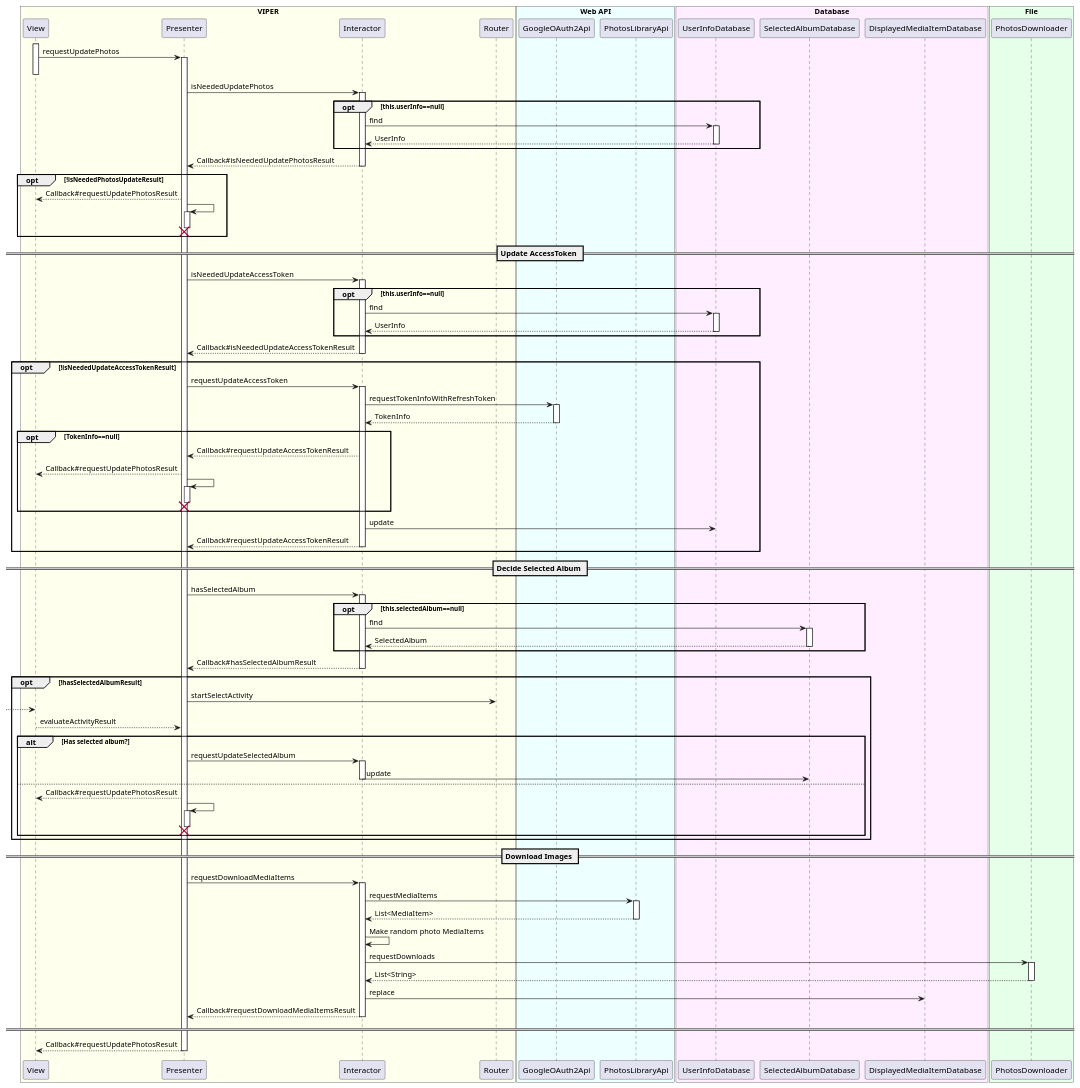
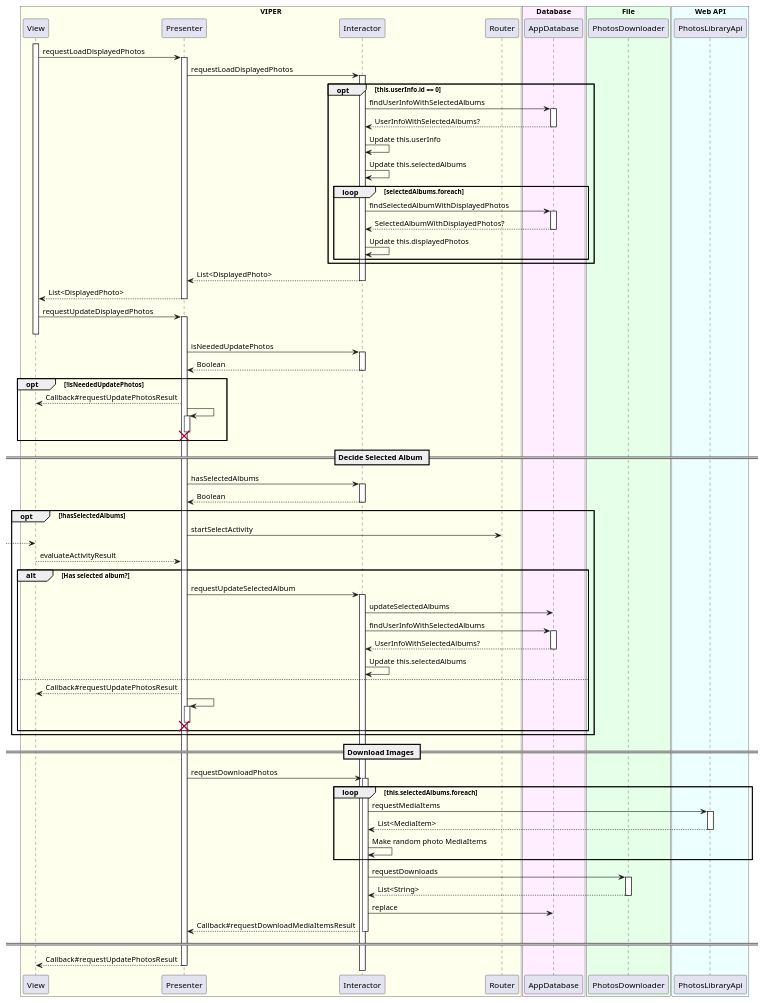
One commit to sallyluenoa/PhotoSlideShow changed the diagram in uml/main/sequence_diagram_main_bk.md. Above: the diagram before and after it, drawn with PlantUML. The commit also changed 3 other files, not shown here.

First line of the commit message:
Write UML for design #13

```diff
--- a/uml/main/sequence_diagram_main_bk.md
+++ b/uml/main/sequence_diagram_main_bk.md
@@ -6,82 +6,66 @@
   participant Router
 end box
 
-box "Web API" #EEFFFF
-  participant GoogleOAuth2Api
-  participant PhotosLibraryApi
-end box
-
 box "Database" #FFEEFF
-  participant UserInfoDatabase
-  participant SelectedAlbumDatabase
-  participant DisplayedMediaItemDatabase
+  participant AppDatabase
 end box
 
 box "File" #E6FFE9
   participant PhotosDownloader
 end box
 
+box "Web API" #EEFFFF
+  participant PhotosLibraryApi
+end box
 
 View++
-View -> Presenter++: requestUpdatePhotos
+View -> Presenter++: requestLoadDisplayedPhotos
+  Presenter -> Interactor++: requestLoadDisplayedPhotos
+
+  opt this.userInfo.id == 0
+    Interactor -> AppDatabase++: findUserInfoWithSelectedAlbums
+    return UserInfoWithSelectedAlbums?
+    Interactor -> Interactor: Update this.userInfo
+    Interactor -> Interactor: Update this.selectedAlbums
+
+    loop selectedAlbums.foreach
+      Interactor -> AppDatabase++: findSelectedAlbumWithDisplayedPhotos
+      return SelectedAlbumWithDisplayedPhotos?
+      Interactor -> Interactor: Update this.displayedPhotos
+    end
+  end
+
+  return List<DisplayedPhoto>
+return List<DisplayedPhoto>
+
+View -> Presenter++: requestUpdateDisplayedPhotos
 View--
 
 Presenter -> Interactor++: isNeededUpdatePhotos
-  opt this.userInfo==null
-    Interactor -> UserInfoDatabase++: find
-    return UserInfo
-  end
-return Callback#isNeededUpdatePhotosResult
+return Boolean
 
-opt !isNeededPhotosUpdateResult
+opt !isNeededUpdatePhotos
   View <-- Presenter: Callback#requestUpdatePhotosResult
   Presenter -> Presenter++
   destroy Presenter
 end
 
-== Update AccessToken ==
-
-Presenter -> Interactor++: isNeededUpdateAccessToken
-  opt this.userInfo==null
-    Interactor -> UserInfoDatabase++: find
-    return UserInfo
-  end
-return Callback#isNeededUpdateAccessTokenResult
-
-opt !isNeededUpdateAccessTokenResult
-  Presenter -> Interactor++: requestUpdateAccessToken
-  Interactor -> GoogleOAuth2Api++: requestTokenInfoWithRefreshToken
-  return TokenInfo
-
-  opt TokenInfo==null
-    Presenter <-- Interactor: Callback#requestUpdateAccessTokenResult
-    View <-- Presenter: Callback#requestUpdatePhotosResult
-    Presenter -> Presenter++
-    destroy Presenter
-  end
-
-  Interactor -> UserInfoDatabase: update
-  Presenter <-- Interactor--: Callback#requestUpdateAccessTokenResult
-end
-
 == Decide Selected Album ==
 
-Presenter -> Interactor++: hasSelectedAlbum
-  opt this.selectedAlbum==null
-    Interactor -> SelectedAlbumDatabase++: find
-    return SelectedAlbum
-  end
-return Callback#hasSelectedAlbumResult
+Presenter -> Interactor++: hasSelectedAlbums
+return Boolean
 
-opt !hasSelectedAlbumResult
+opt !hasSelectedAlbums
   Presenter -> Router: startSelectActivity
   [--> View
   View --> Presenter: evaluateActivityResult
 
   alt Has selected album?
     Presenter -> Interactor++: requestUpdateSelectedAlbum
-    Interactor -> SelectedAlbumDatabase: update
-    Interactor--
+    Interactor -> AppDatabase: updateSelectedAlbums
+    Interactor -> AppDatabase++: findUserInfoWithSelectedAlbums
+    return UserInfoWithSelectedAlbums?
+    Interactor -> Interactor: Update this.selectedAlbums
   else
     View <-- Presenter: Callback#requestUpdatePhotosResult
     Presenter -> Presenter++
@@ -91,17 +75,18 @@
 
 == Download Images ==
 
-Presenter -> Interactor++: requestDownloadMediaItems
+Presenter -> Interactor++: requestDownloadPhotos
 
-  Interactor -> PhotosLibraryApi++: requestMediaItems
-  return List<MediaItem>
-
-  Interactor -> Interactor: Make random photo MediaItems
+  loop this.selectedAlbums.foreach
+    Interactor -> PhotosLibraryApi++: requestMediaItems
+    return List<MediaItem>
+    Interactor -> Interactor: Make random photo MediaItems
+  end
 
   Interactor -> PhotosDownloader++: requestDownloads
   return List<String>
 
-  Interactor -> DisplayedMediaItemDatabase: replace
+  Interactor -> AppDatabase: replace
 
 Presenter <-- Interactor--: Callback#requestDownloadMediaItemsResult
 
```
